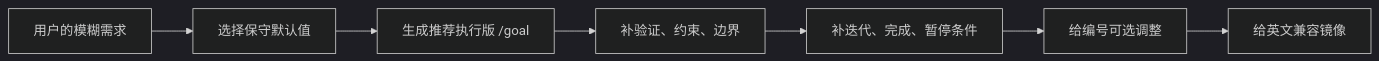
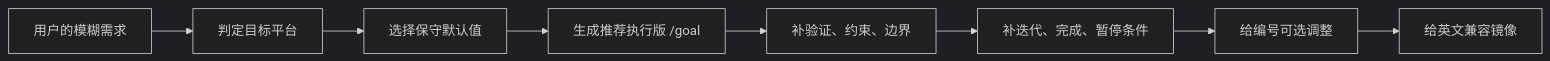
One commit to bahayonghang/my-ai-cli-toolkit changed the diagram in skills/developer-tools-integrations/goal-meta-skill/README.md. Above: the diagram before and after it, drawn with Mermaid (dark theme). The commit also changed other lines of this file and 13 other files, not shown here.

````diff
--- a/skills/developer-tools-integrations/goal-meta-skill/README.md
+++ b/skills/developer-tools-integrations/goal-meta-skill/README.md
@@ -132,9 +145,10 @@
 ```mermaid
 flowchart LR
-  A["用户的模糊需求"] --> B["选择保守默认值"]
+  A["用户的模糊需求"] --> P["判定目标平台"]
+  P --> B["选择保守默认值"]
   B --> C["生成推荐执行版 /goal"]
   C --> D["补验证、约束、边界"]
   D --> E["补迭代、完成、暂停条件"]
   E --> F["给编号可选调整"]
   F --> G["给英文兼容镜像"]
 ```
````
